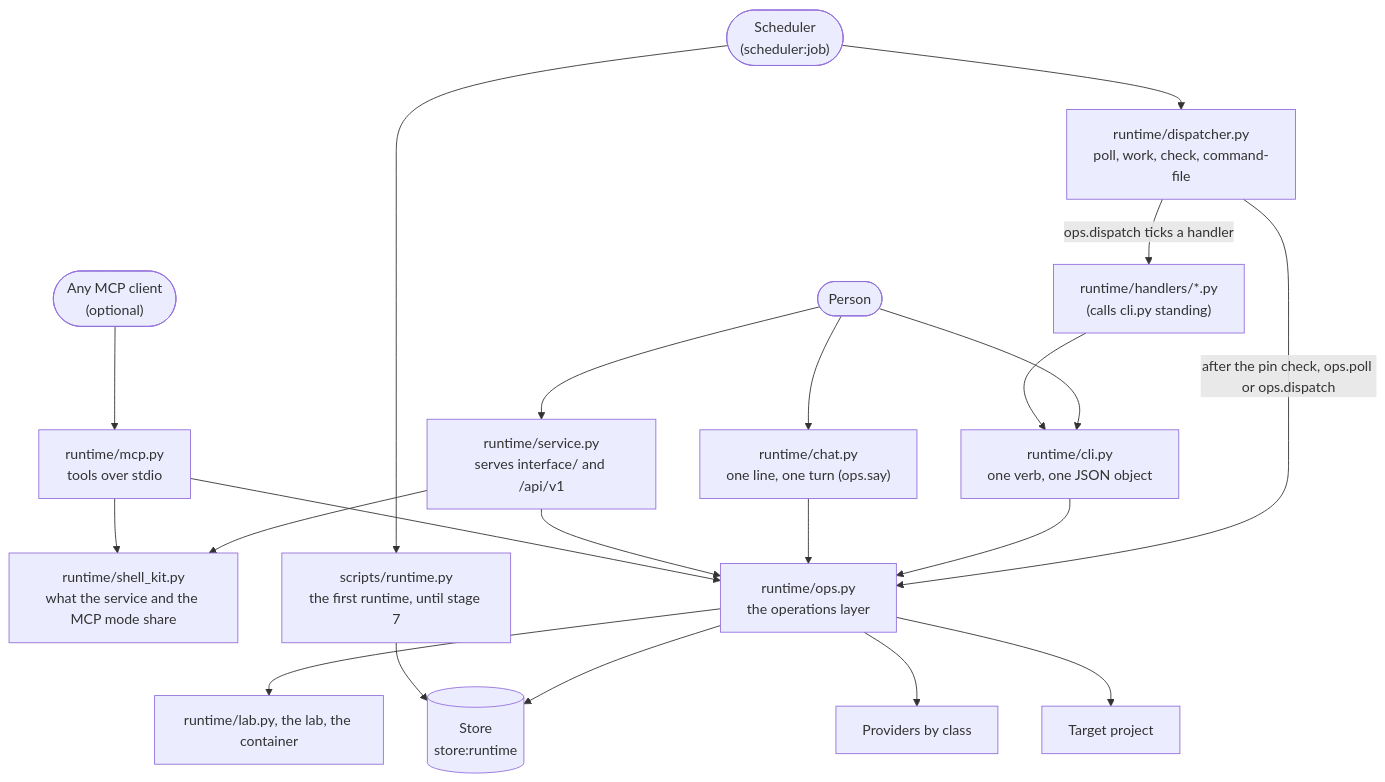
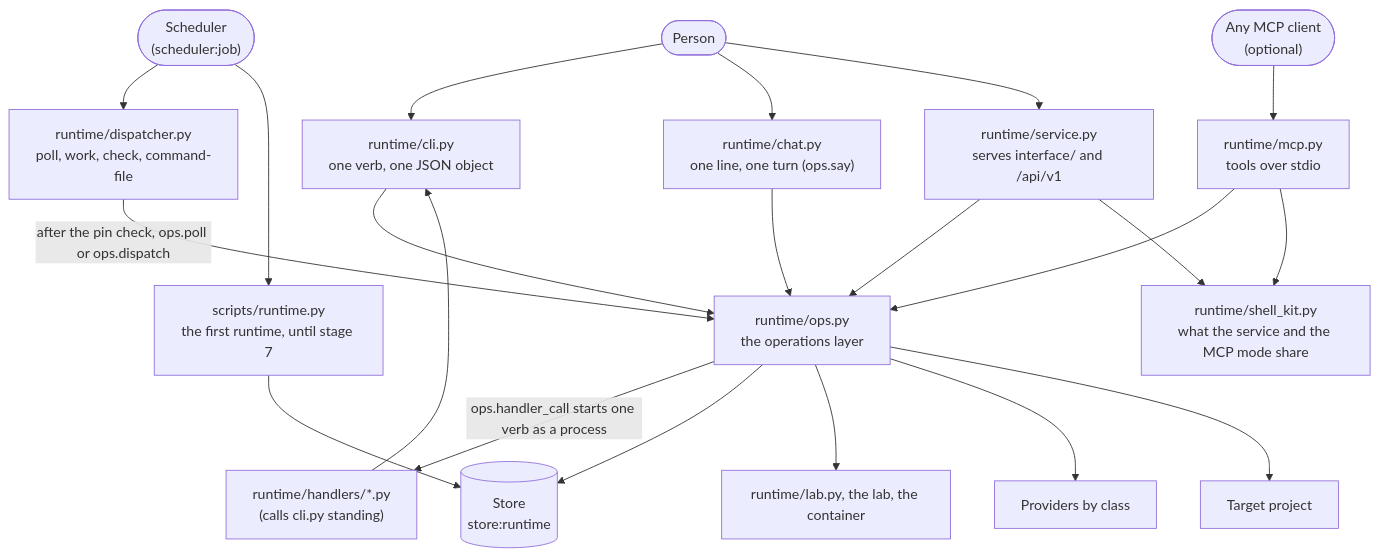
Before and after one commit to chrissgon/ai-workbench: the diagram in docs/architecture/platform/shells.md, drawn with Mermaid. The commit also changed other lines of this file and 1 other file, not shown here.

First line of the commit message:
docs(architecture): the vendor folder, the config exception and the handler arrow (WP-D.3)

````diff
--- a/docs/architecture/platform/shells.md
+++ b/docs/architecture/platform/shells.md
@@ -13,40 +13,40 @@
 ```mermaid
 flowchart TB
     P(["Person"])
     S(["Scheduler<br/>(scheduler:job)"])
     CLI["runtime/cli.py<br/>one verb, one JSON object"]
     CHAT["runtime/chat.py<br/>one line, one turn (ops.say)"]
     DISP["runtime/dispatcher.py<br/>poll, work, check, command-file"]
     H["runtime/handlers/*.py<br/>(calls cli.py standing)"]
     SVC["runtime/service.py<br/>serves interface/ and /api/v1"]
     MCP["runtime/mcp.py<br/>tools over stdio"]
     KIT["runtime/shell_kit.py<br/>what the service and the MCP mode share"]
     C(["Any MCP client<br/>(optional)"])
     OPS["runtime/ops.py<br/>the operations layer"]
     ST[("Store<br/>store:runtime")]
     LAB["runtime/lab.py, the lab, the container"]
     PR["Providers by class"]
     PJ["Target project"]
     OLD["scripts/runtime.py<br/>the first runtime, until stage 7"]
 
     P --> CLI
     P --> CHAT
     P --> SVC
     C --> MCP
     S --> DISP
     S --> OLD
     DISP -->|"after the pin check, ops.poll or ops.dispatch"| OPS
-    DISP -->|"ops.dispatch ticks a handler"| H
+    OPS -->|"ops.handler_call starts one verb as a process"| H
     H --> CLI
     CLI --> OPS
     CHAT --> OPS
     SVC --> OPS
     MCP --> OPS
     SVC --> KIT
     MCP --> KIT
     OPS --> ST
     OPS --> LAB
     OPS --> PR
     OPS --> PJ
     OLD --> ST
 ```
````
